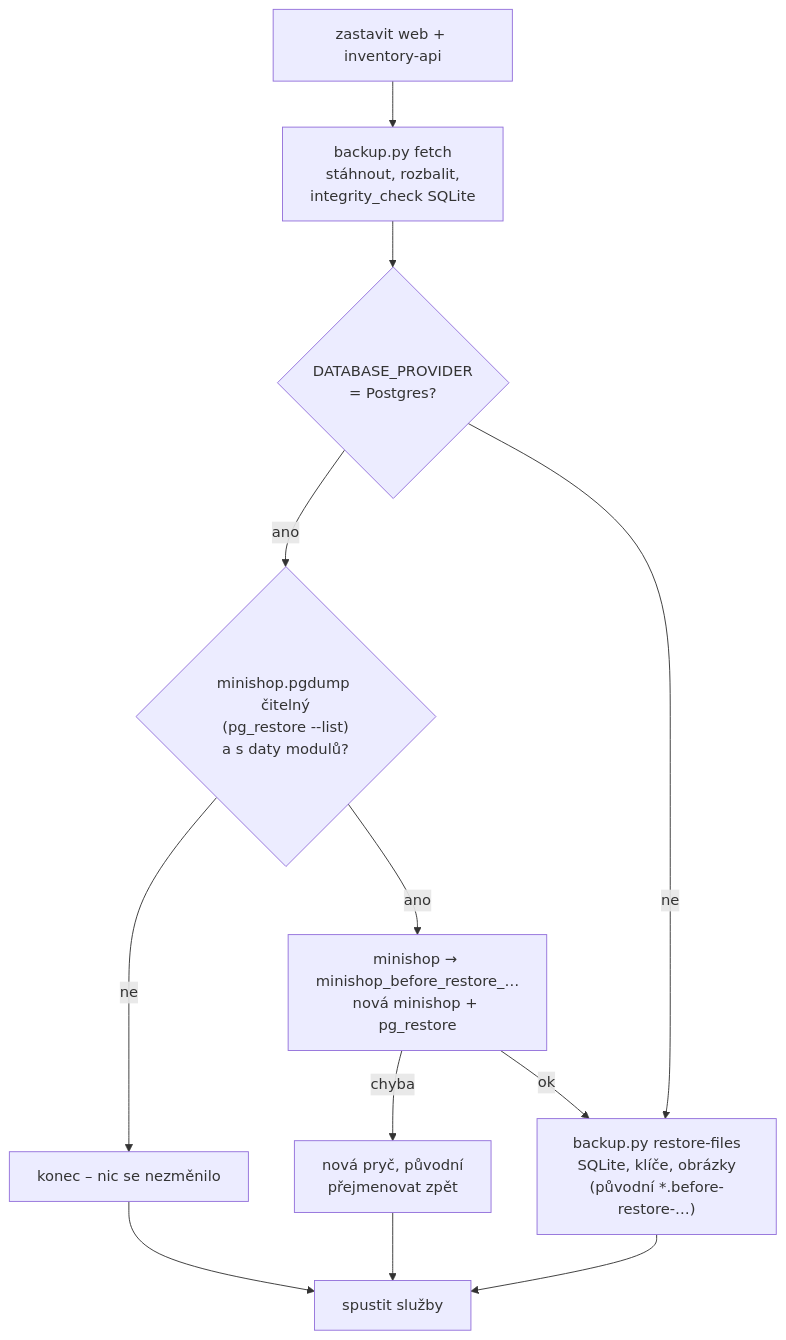
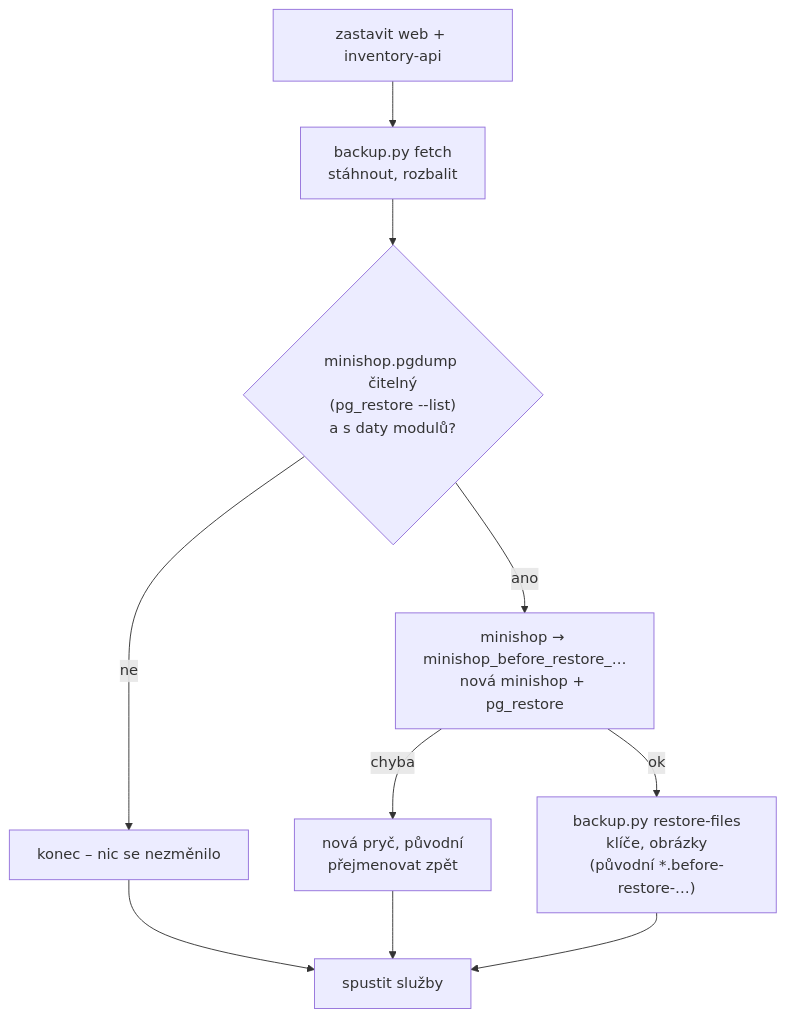
One commit to ftichy/MiniShop changed the second of 2 diagrams in docs/prirucka/nasazeni/zalohy.md. Above: the diagram before and after it, drawn with Mermaid. The commit also changed other lines of this file and 248 other files, not shown here.

````diff
--- a/docs/prirucka/nasazeni/zalohy.md
+++ b/docs/prirucka/nasazeni/zalohy.md
@@ -66,14 +66,13 @@
 ```mermaid
 flowchart TB
-    s["zastavit web + inventory-api"] --> f["backup.py fetch<br/>stáhnout, rozbalit,<br/>integrity_check SQLite"]
-    f --> p{"DATABASE_PROVIDER<br/>= Postgres?"}
-    p -->|ano| v{"minishop.pgdump čitelný<br/>(pg_restore --list)<br/>a s daty modulů?"}
+    s["zastavit web + inventory-api"] --> f["backup.py fetch<br/>stáhnout, rozbalit"]
+    f --> v{"minishop.pgdump čitelný<br/>(pg_restore --list)<br/>a s daty modulů?"}
     v -->|ne| stop["konec – nic se nezměnilo"]
     v -->|ano| r["minishop → minishop_before_restore_…<br/>nová minishop + pg_restore"]
     r -->|chyba| back["nová pryč, původní<br/>přejmenovat zpět"]
     r -->|ok| files
-    p -->|ne| files["backup.py restore-files<br/>SQLite, klíče, obrázky<br/>(původní *.before-restore-…)"]
+    files["backup.py restore-files<br/>klíče, obrázky<br/>(původní *.before-restore-…)"]
     files --> up["spustit služby"]
     stop --> up
     back --> up
 ```
````
